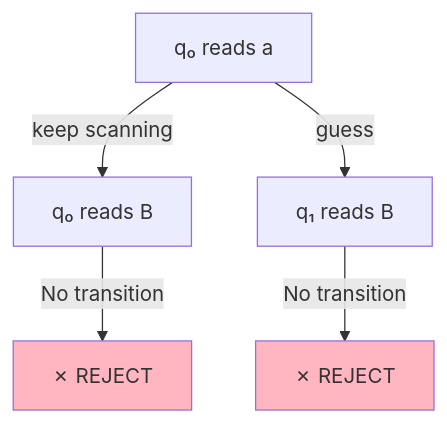
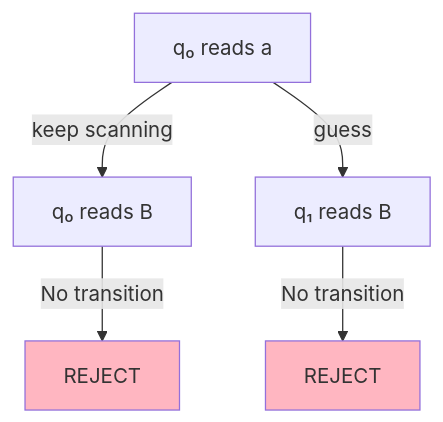
Before and after one commit to Vtheonly/Obsidian_Notes: the fourth of 10 diagrams in Master 1/S2/Complexity and Advanced Algorithms old/old/Course/Chapter 1. Calculability/12 Non-Deterministic Turing Machines.md, drawn with Mermaid. The commit also changed other lines of this file and 148 other files, not shown here.

````diff
--- a/Master 1/S2/Complexity and Advanced Algorithms old/old/Course/Chapter 1. Calculability/12 Non-Deterministic Turing Machines.md
+++ b/Master 1/S2/Complexity and Advanced Algorithms old/old/Course/Chapter 1. Calculability/12 Non-Deterministic Turing Machines.md
@@ -243,14 +243,14 @@
 ```mermaid
 graph TD
     A0["q₀ reads a"]
     A1["q₀ reads B"]
     A2["q₁ reads B"]
 
     A0 -->|"keep scanning"| A1
     A0 -->|"guess"| A2
-    A1 -->|"No transition"| R1["✗ REJECT"]
-    A2 -->|"No transition"| R2["✗ REJECT"]
+    A1 -->|"No transition"| R1[" REJECT"]
+    A2 -->|"No transition"| R2[" REJECT"]
 
     style R1 fill:#FFB6C1
     style R2 fill:#FFB6C1
 ```
````
